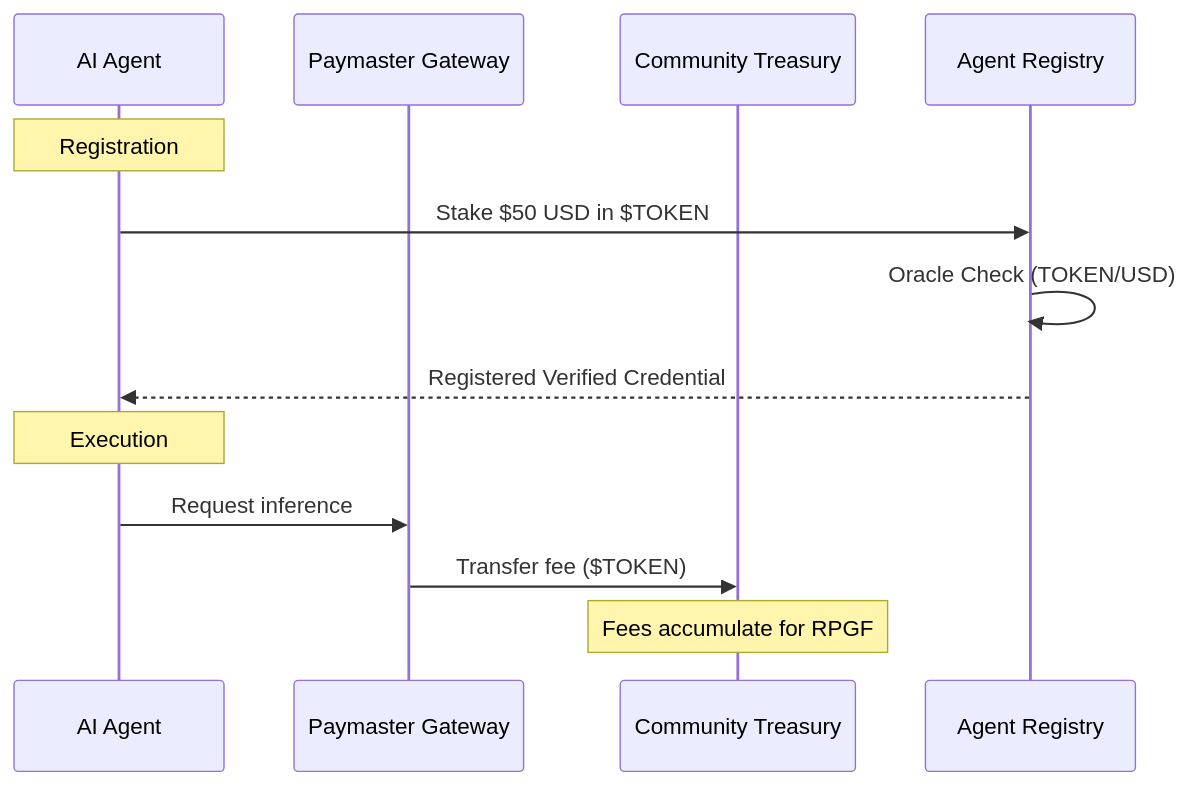
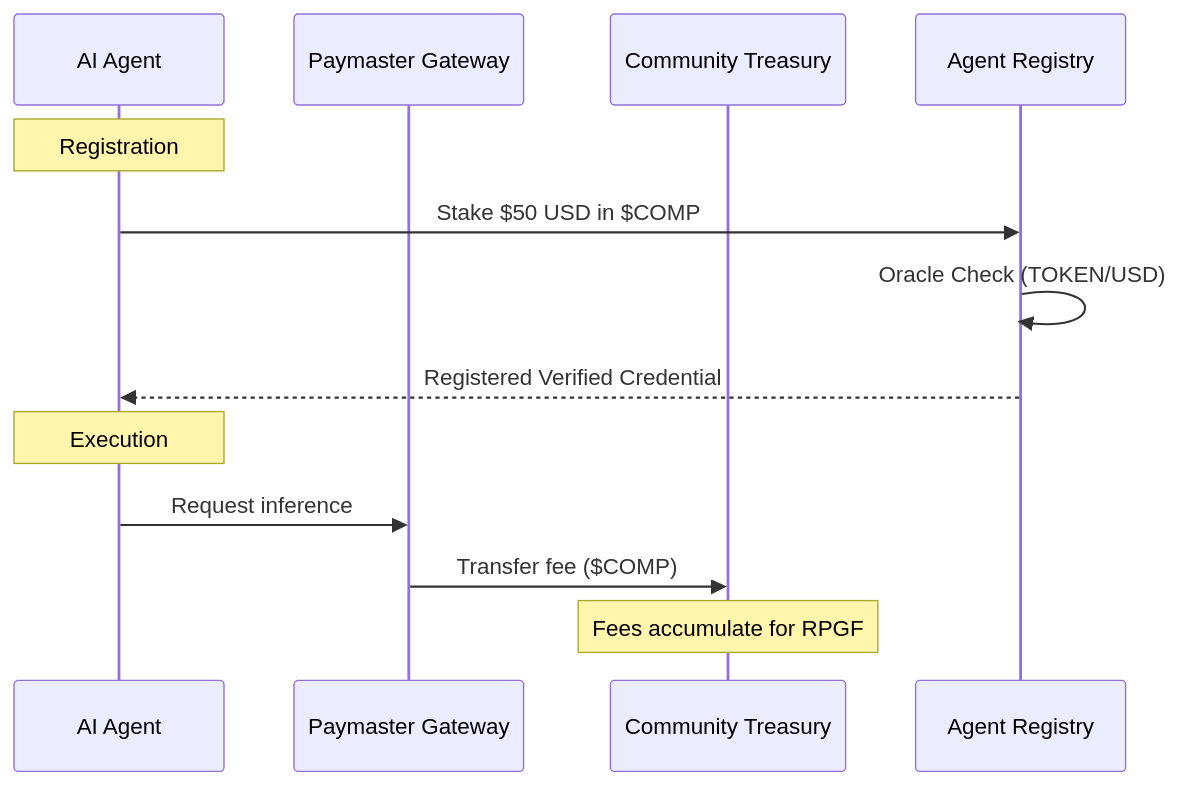
Before and after one commit to swimmingkiim/a2a-project: the second of 4 diagrams in plan/TOKEN_ROADMAP.md, drawn with Mermaid. The commit also changed other lines of this file and 4 other files, not shown here.

Commit message:
feat: Establish the DAIM Constitution, update quantum agent guidelines, and rename the utility token to $COMP.

````diff
--- a/plan/TOKEN_ROADMAP.md
+++ b/plan/TOKEN_ROADMAP.md
@@ -108,17 +118,17 @@
 ```mermaid
 sequenceDiagram
     participant Agent as AI Agent
     participant Gateway as Paymaster Gateway  
     participant Treasury as Community Treasury
     participant Registry as Agent Registry
     
     Note over Agent: Registration
-    Agent->>Registry: Stake $50 USD in $TOKEN
+    Agent->>Registry: Stake $50 USD in $COMP
     Registry->>Registry: Oracle Check (TOKEN/USD)
     Registry-->>Agent: Registered Verified Credential
     
     Note over Agent: Execution
     Agent->>Gateway: Request inference
-    Gateway->>Treasury: Transfer fee ($TOKEN)
+    Gateway->>Treasury: Transfer fee ($COMP)
     Note over Treasury: Fees accumulate for RPGF
 ```
````
